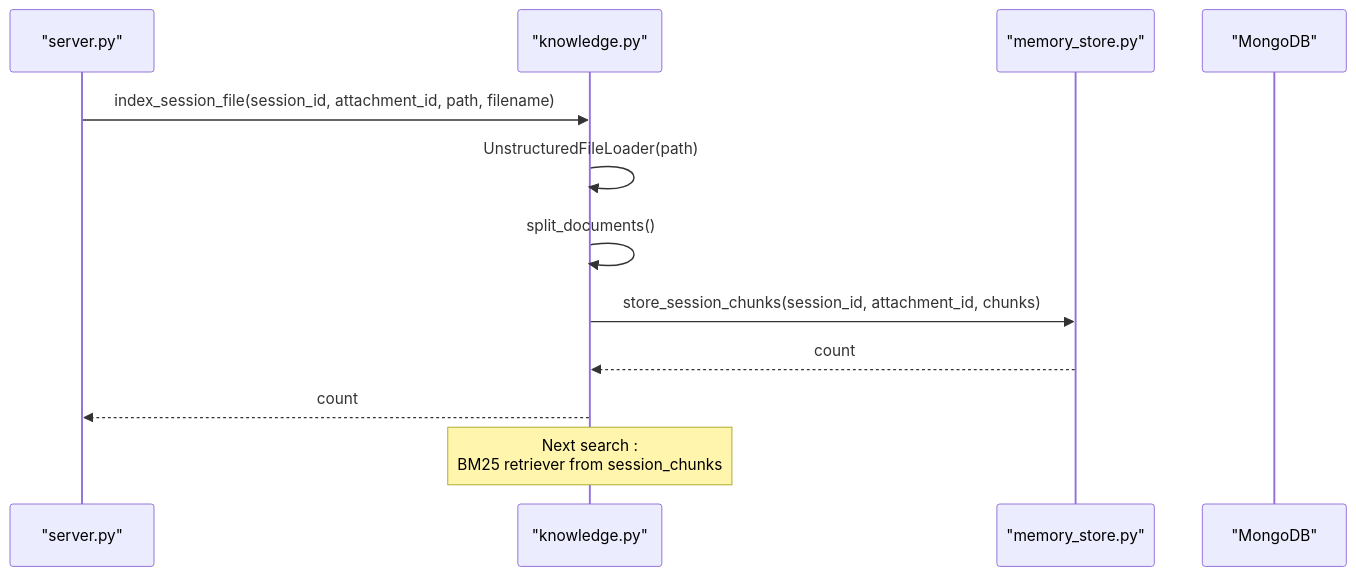
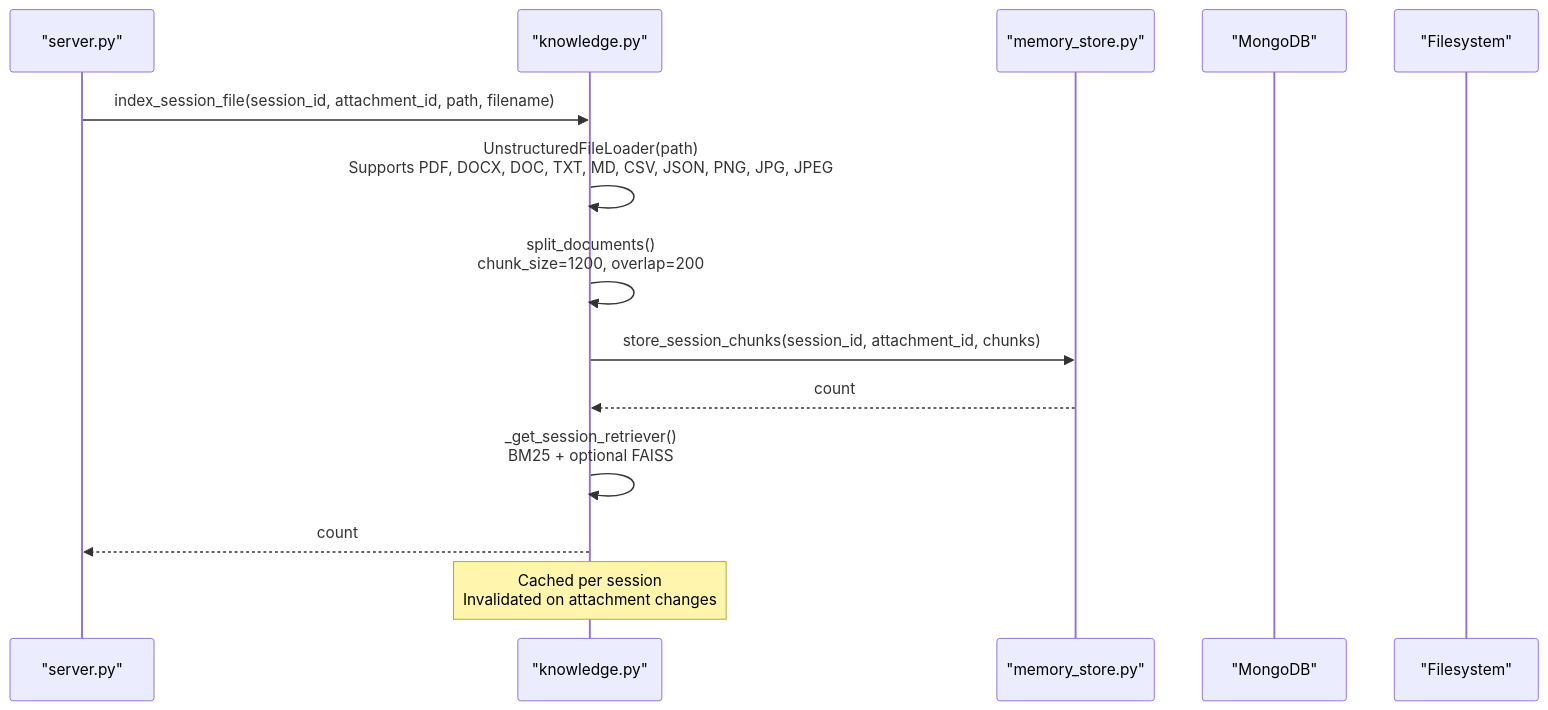
Before and after one commit to Sovetsky-Soyuz/AI-Assistant: the fifth of 7 diagrams in .qoder/repowiki/en/content/Backend Components/Memory Management and Persistence/Attachment and File Management.md, drawn with Mermaid. The commit also changed other lines of this file and 14 other files, not shown here.

````diff
--- a/.qoder/repowiki/en/content/Backend Components/Memory Management and Persistence/Attachment and File Management.md
+++ b/.qoder/repowiki/en/content/Backend Components/Memory Management and Persistence/Attachment and File Management.md
@@ -202,14 +215,16 @@
 ```mermaid
 sequenceDiagram
 participant SV as "server.py"
 participant KG as "knowledge.py"
 participant MS as "memory_store.py"
 participant DB as "MongoDB"
+participant FS as "Filesystem"
 SV->>KG : index_session_file(session_id, attachment_id, path, filename)
-KG->>KG : UnstructuredFileLoader(path)
-KG->>KG : split_documents()
+KG->>KG : UnstructuredFileLoader(path)<br/>Supports PDF, DOCX, DOC, TXT, MD, CSV, JSON, PNG, JPG, JPEG
+KG->>KG : split_documents()<br/>chunk_size=1200, overlap=200
 KG->>MS : store_session_chunks(session_id, attachment_id, chunks)
 MS-->>KG : count
+KG->>KG : _get_session_retriever()<br/>BM25 + optional FAISS
 KG-->>SV : count
-Note over KG : Next search : <br/>BM25 retriever from session_chunks
+Note over KG : Cached per session<br/>Invalidated on attachment changes
 ```
````
